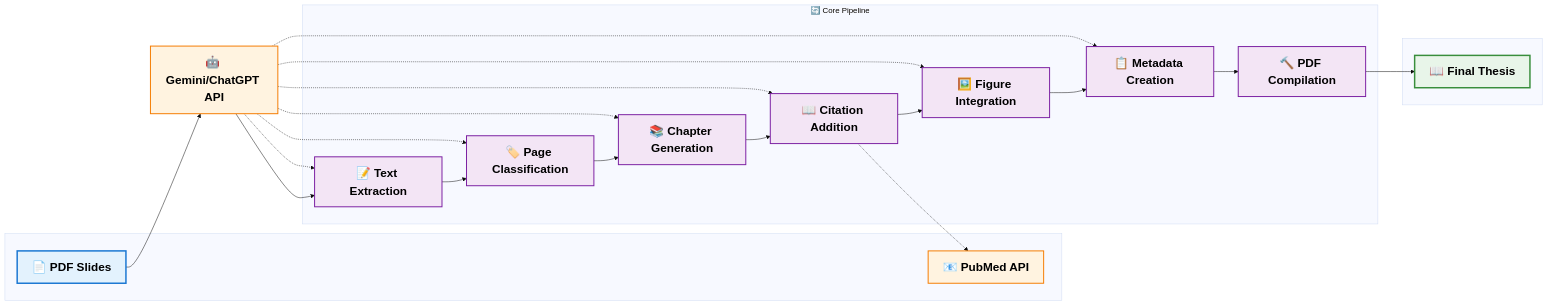
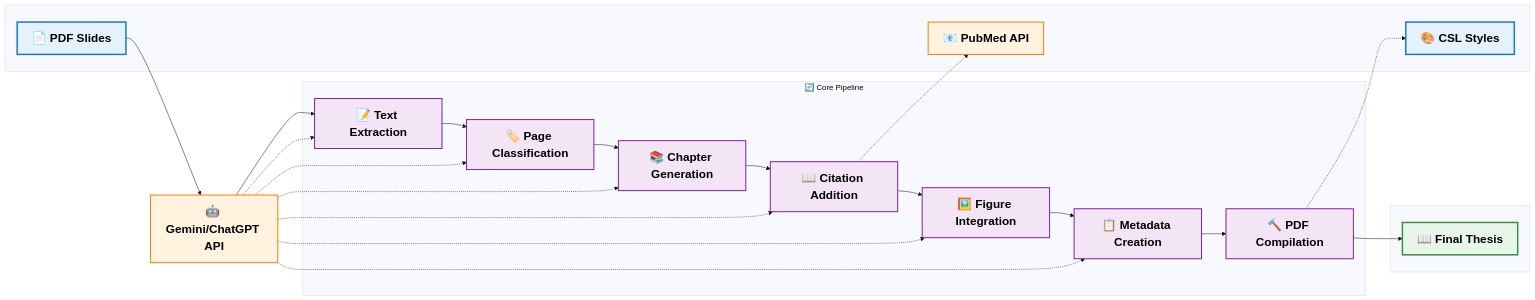
One commit to ythuang0522/Slide2Thesis changed the diagram in README.md. Above: the diagram before and after it, drawn with Mermaid (base theme). The commit also changed other lines of this file, not shown here.

Commit message:
docs: Update README with CSL citation style features and enhanced documentation

````diff
--- a/README.md
+++ b/README.md
@@ -19,49 +22,51 @@
 ```mermaid
 flowchart LR
     A[📄 PDF Slides] --> B[🤖 Gemini/ChatGPT API]
     B --> C[📝 Text Extraction]
     C --> D[🏷️ Page Classification]
     D --> E[📚 Chapter Generation]
     E --> F[📖 Citation Addition]
     F --> G[🖼️ Figure Integration]
     G --> H[📋 Metadata Creation]
     H --> I[🔨 PDF Compilation]
     I --> J[📖 Final Thesis]
 
     subgraph inputs [" "]
         A
         K[📧 PubMed API]
+        L[🎨 CSL Styles]
     end
 
     subgraph processing ["🔄 Core Pipeline"]
         C
         D
         E
         F
         G
         H
         I
     end
 
     subgraph outputs [" "]
         J
     end
 
     F -.-> K
+    I -.-> L
     B -.-> C
     B -.-> D
     B -.-> E
     B -.-> F
     B -.-> G
     B -.-> H
 
     classDef inputStyle fill:#e3f2fd,stroke:#1976d2,stroke-width:3px,color:#000,font-size:24px,font-weight:bold
     classDef processStyle fill:#f3e5f5,stroke:#7b1fa2,stroke-width:2px,color:#000,font-size:24px,font-weight:bold
     classDef outputStyle fill:#e8f5e9,stroke:#388e3c,stroke-width:3px,color:#000,font-size:24px,font-weight:bold
     classDef apiStyle fill:#fff3e0,stroke:#f57c00,stroke-width:2px,color:#000,font-size:24px,font-weight:bold
 
-    class A inputStyle
+    class A,L inputStyle
     class C,D,E,F,G,H,I processStyle
     class J outputStyle
     class B,K apiStyle
 ```
````
